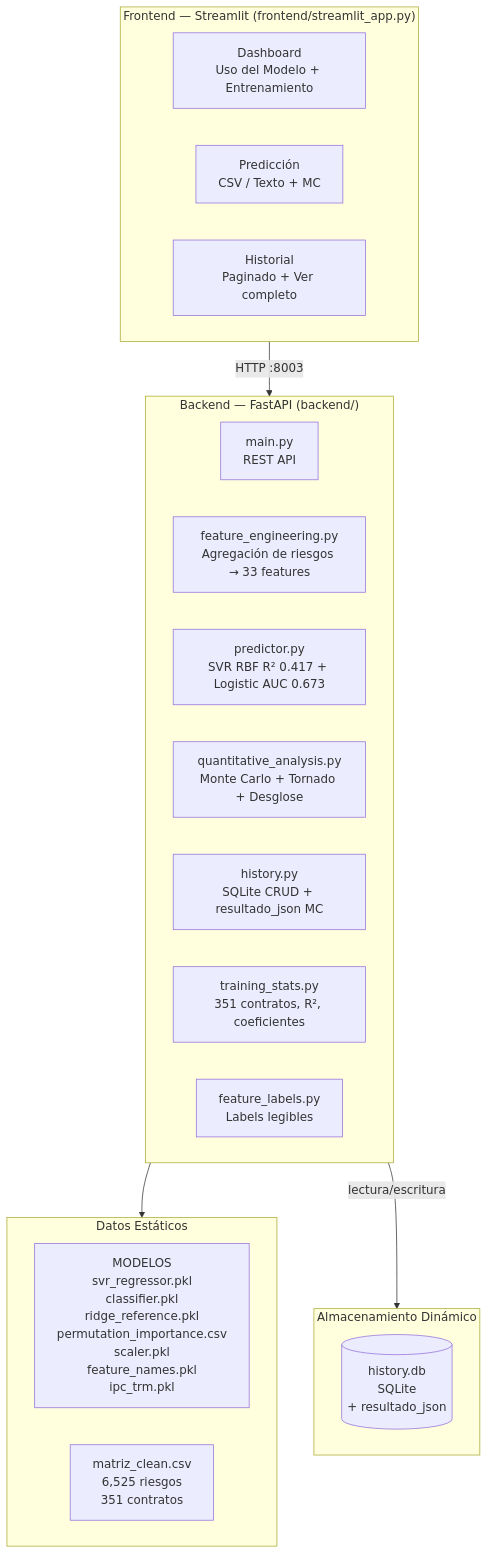
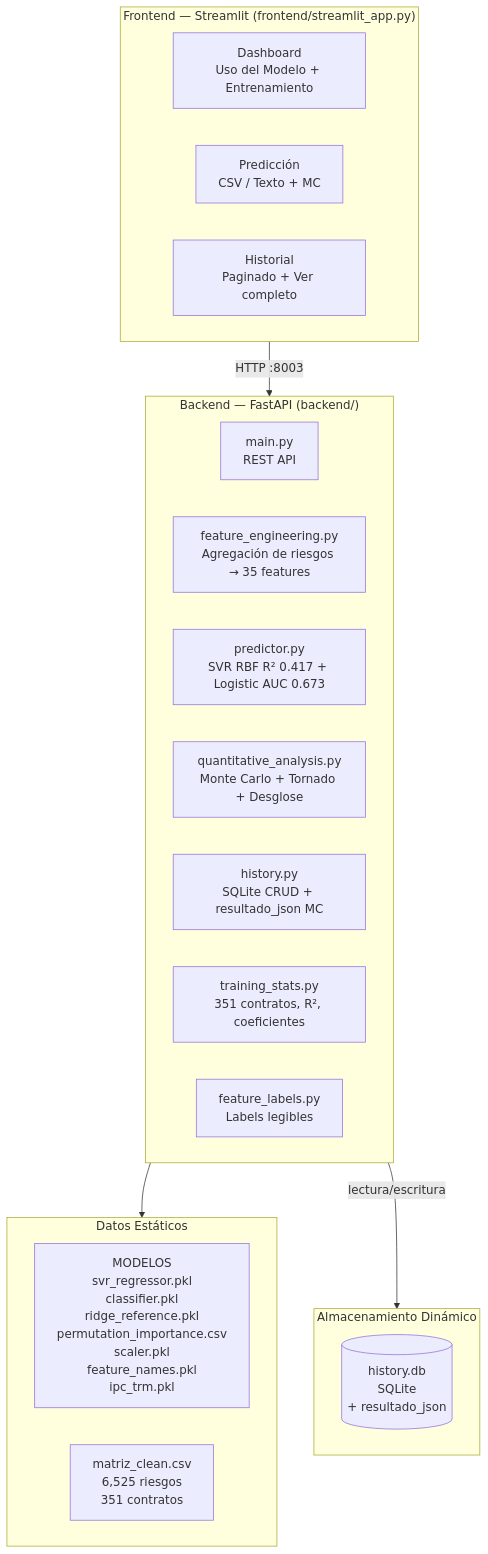
One commit to sanan1297/risk_project changed the first of 7 diagrams in docs/proceso.md. Above: the diagram before and after it, drawn with Mermaid. The commit also changed other lines of this file, not shown here.

Commit message:
fix: 33->35 features en diagrama, quoting en mermaid pipeline

````diff
--- a/docs/proceso.md
+++ b/docs/proceso.md
@@ -285,31 +285,31 @@
 ```mermaid
 graph TB
     subgraph Frontend["Frontend — Streamlit (frontend/streamlit_app.py)"]
         DASH[Dashboard<br/>Uso del Modelo + Entrenamiento]
         PRED[Predicción<br/>CSV / Texto + MC]
         HIST[Historial<br/>Paginado + Ver completo]
     end
 
     subgraph Backend["Backend — FastAPI (backend/)"]
         API[main.py<br/>REST API]
-        FE[feature_engineering.py<br/>Agregación de riesgos → 33 features]
+        FE[feature_engineering.py<br/>Agregación de riesgos → 35 features]
         PREDICT[predictor.py<br/>SVR RBF R² 0.417 + Logistic AUC 0.673]
         QA[quantitative_analysis.py<br/>Monte Carlo + Tornado + Desglose]
         HISTDB[history.py<br/>SQLite CRUD + resultado_json MC]
         TRAIN[training_stats.py<br/>351 contratos, R², coeficientes]
         LABELS[feature_labels.py<br/>Labels legibles]
     end
 
     subgraph Data["Datos Estáticos"]
         M[MODELOS<br/>svr_regressor.pkl<br/>classifier.pkl<br/>ridge_reference.pkl<br/>permutation_importance.csv<br/>scaler.pkl<br/>feature_names.pkl<br/>ipc_trm.pkl]
         MAT[matriz_clean.csv<br/>6,525 riesgos<br/>351 contratos]
     end
 
     subgraph Storage["Almacenamiento Dinámico"]
         DB[(history.db<br/>SQLite<br/>+ resultado_json)]
     end
 
     Frontend -->|HTTP :8003| Backend
     Backend --> Data
     Backend -->|lectura/escritura| Storage
 ```
````
